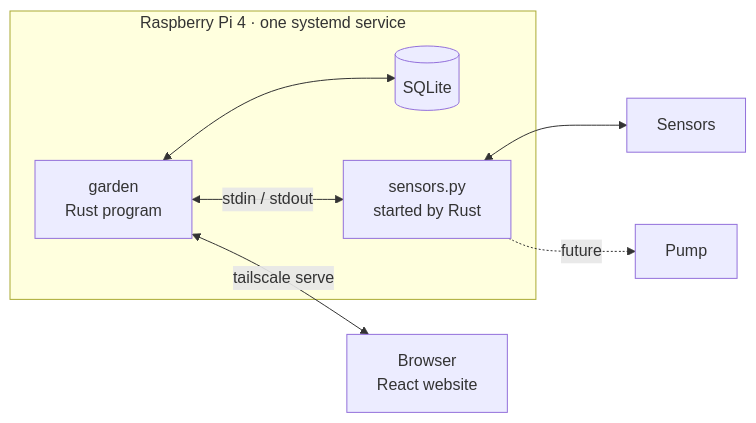
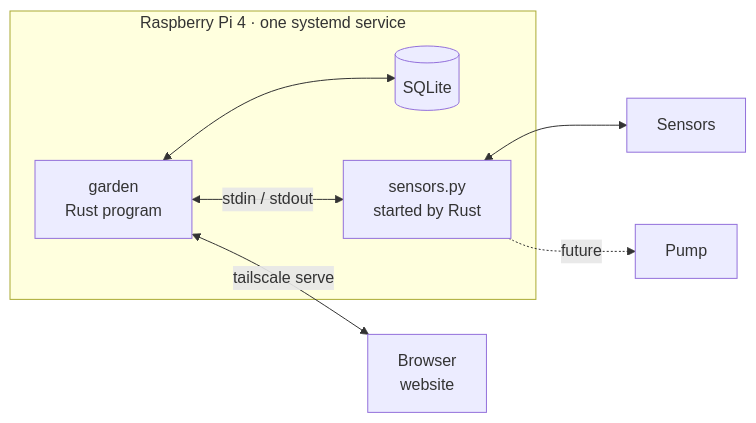
Before and after one commit to JacobMcnelly/Garden_Project_GEAR2026-27: the first of 2 diagrams in ARCHITECTURE.md, drawn with Mermaid. The commit also changed other lines of this file and 1 other file, not shown here.

Commit message:
Mark website stack as open, suggest one, add Lucide

````diff
--- a/ARCHITECTURE.md
+++ b/ARCHITECTURE.md
@@ -11,10 +11,10 @@
 ```mermaid
 flowchart LR
     subgraph Pi4["Raspberry Pi 4 · one systemd service"]
         R["garden<br/>Rust program"] <--> DB[(SQLite)]
         R <-->|stdin / stdout| P["sensors.py<br/>started by Rust"]
     end
     P <--> S[Sensors]
-    R <-->|tailscale serve| B["Browser<br/>React website"]
+    R <-->|tailscale serve| B["Browser<br/>website"]
     P -.->|future| PU[Pump]
 ```
````
